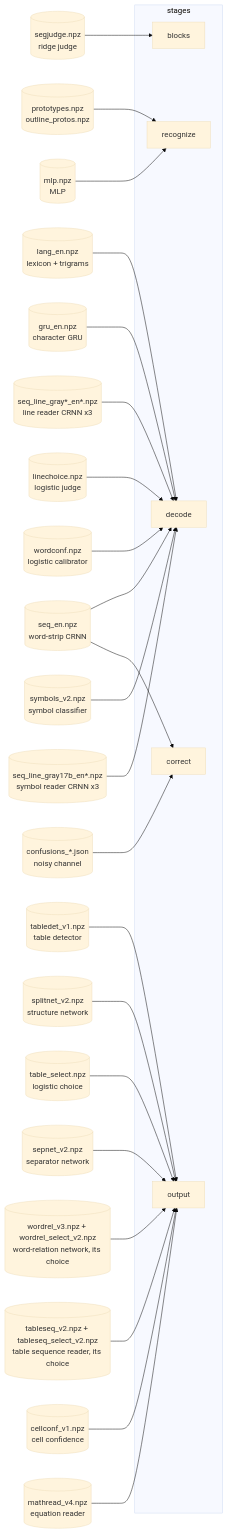
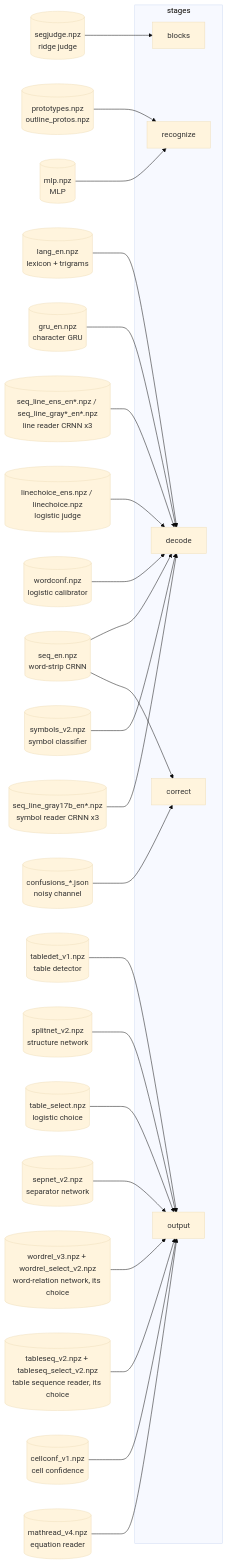
One commit to msharpe248/mlws-ocr changed the seventh of 13 diagrams in docs/ARCHITECTURE.md. Above: the diagram before and after it, drawn with Mermaid (base theme). The commit also changed other lines of this file and 14 other files, not shown here.

````diff
--- a/docs/ARCHITECTURE.md
+++ b/docs/ARCHITECTURE.md
@@ -329,31 +329,31 @@
 ```mermaid
 flowchart LR
     subgraph stagesL[stages]
         blocksS[blocks]
         recS[recognize]
         decS[decode]
         corS[correct]
         outS[output]
     end
     segjudge[(segjudge.npz<br/>ridge judge)] --> blocksS
     protos[(prototypes.npz<br/>outline_protos.npz)] --> recS
     mlp[(mlp.npz<br/>MLP)] --> recS
     lang[(lang_en.npz<br/>lexicon + trigrams)] --> decS
     gru[(gru_en.npz<br/>character GRU)] --> decS
     seq[(seq_en.npz<br/>word-strip CRNN)] --> decS
-    line[(seq_line_gray*_en*.npz<br/>line reader CRNN x3)] --> decS
-    lchoice[(linechoice.npz<br/>logistic judge)] --> decS
+    line[(seq_line_ens_en*.npz / seq_line_gray*_en*.npz<br/>line reader CRNN x3)] --> decS
+    lchoice[(linechoice_ens.npz / linechoice.npz<br/>logistic judge)] --> decS
     wconf[(wordconf.npz<br/>logistic calibrator)] --> decS
     sym[(symbols_v2.npz<br/>symbol classifier)] --> decS
     symr[(seq_line_gray17b_en*.npz<br/>symbol reader CRNN x3)] --> decS
     conf[(confusions_*.json<br/>noisy channel)] --> corS
     seq --> corS
     det[(tabledet_v1.npz<br/>table detector)] --> outS
     split[(splitnet_v2.npz<br/>structure network)] --> outS
     sel[(table_select.npz<br/>logistic choice)] --> outS
     sep[(sepnet_v2.npz<br/>separator network)] --> outS
     wrel[(wordrel_v3.npz + wordrel_select_v2.npz<br/>word-relation network, its choice)] --> outS
     tseq[(tableseq_v2.npz + tableseq_select_v2.npz<br/>table sequence reader, its choice)] --> outS
     cconf[(cellconf_v1.npz<br/>cell confidence)] --> outS
     math[(mathread_v4.npz<br/>equation reader)] --> outS
 ```
````
